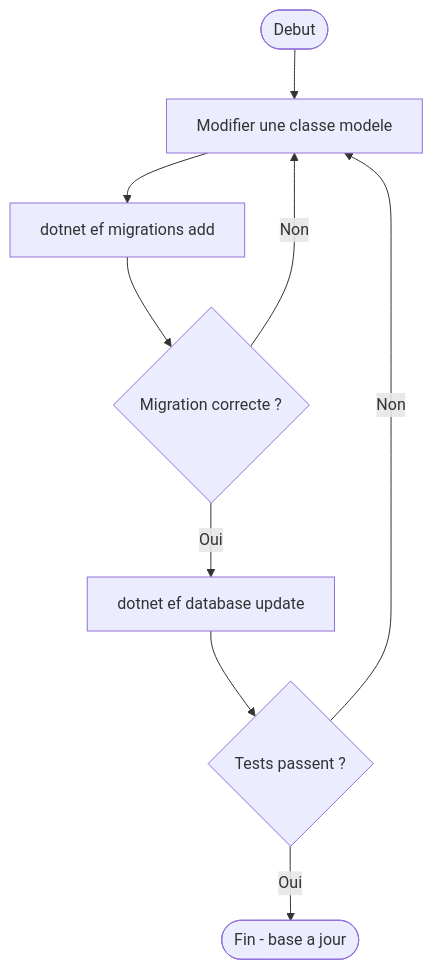
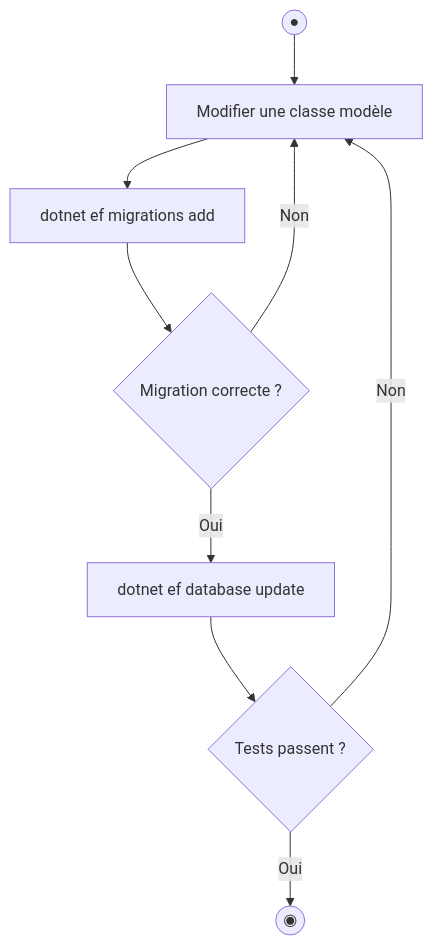
The fourth of 5 diagrams in PlaylistAppEF/TP2_GUIDE.md (BTS1-SIO-SLAM-LSW/playlist-csharp), drawn with Mermaid before and after one commit. The commit also changed other lines of this file and 6 other files, not shown here.

````diff
--- a/PlaylistAppEF/TP2_GUIDE.md
+++ b/PlaylistAppEF/TP2_GUIDE.md
@@ -137,11 +137,11 @@
 ```mermaid
 flowchart TD
-    D([Debut]) --> M[Modifier une classe modele]
-    M --> G[dotnet ef migrations add]
-    G --> V{Migration correcte ?}
-    V -->|Non| M
-    V -->|Oui| A[dotnet ef database update]
-    A --> T{Tests passent ?}
-    T -->|Non| M
-    T -->|Oui| F([Fin - base a jour])
+    ini(("●")) --> M["Modifier une classe modèle"]
+    M --> G["dotnet ef migrations add"]
+    G --> V{"Migration correcte ?"}
+    V -->|"Non"| M
+    V -->|"Oui"| A["dotnet ef database update"]
+    A --> T{"Tests passent ?"}
+    T -->|"Non"| M
+    T -->|"Oui"| fin(("◉"))
 ```
````
